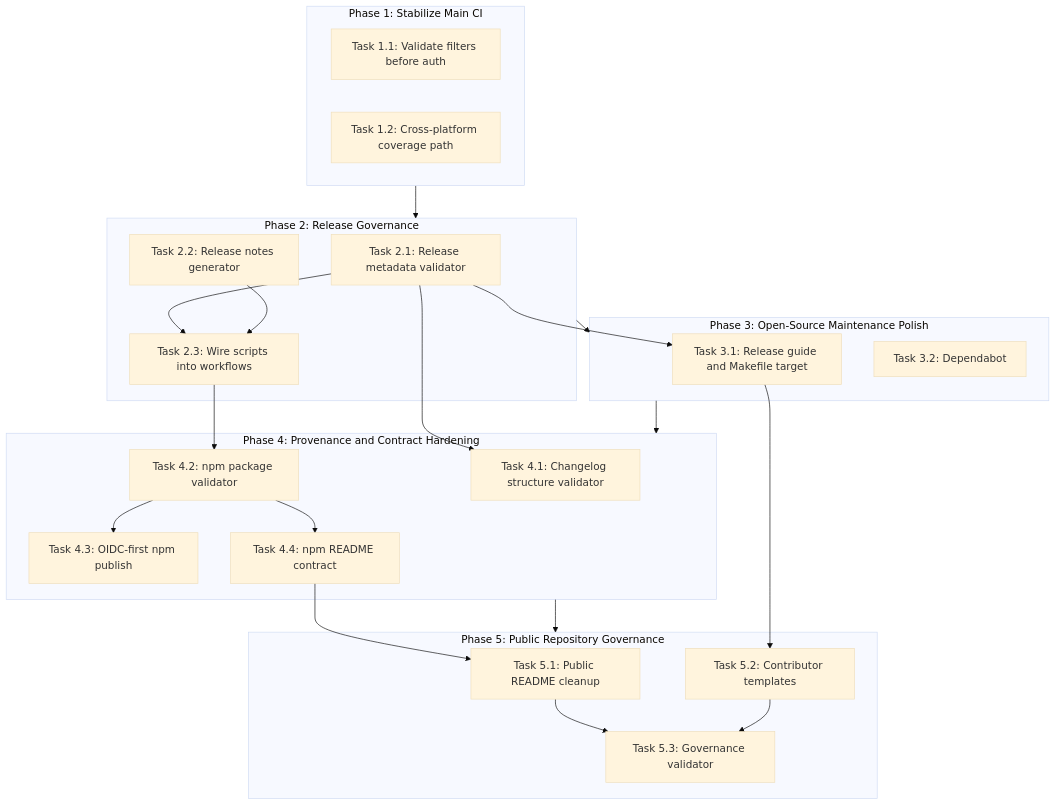
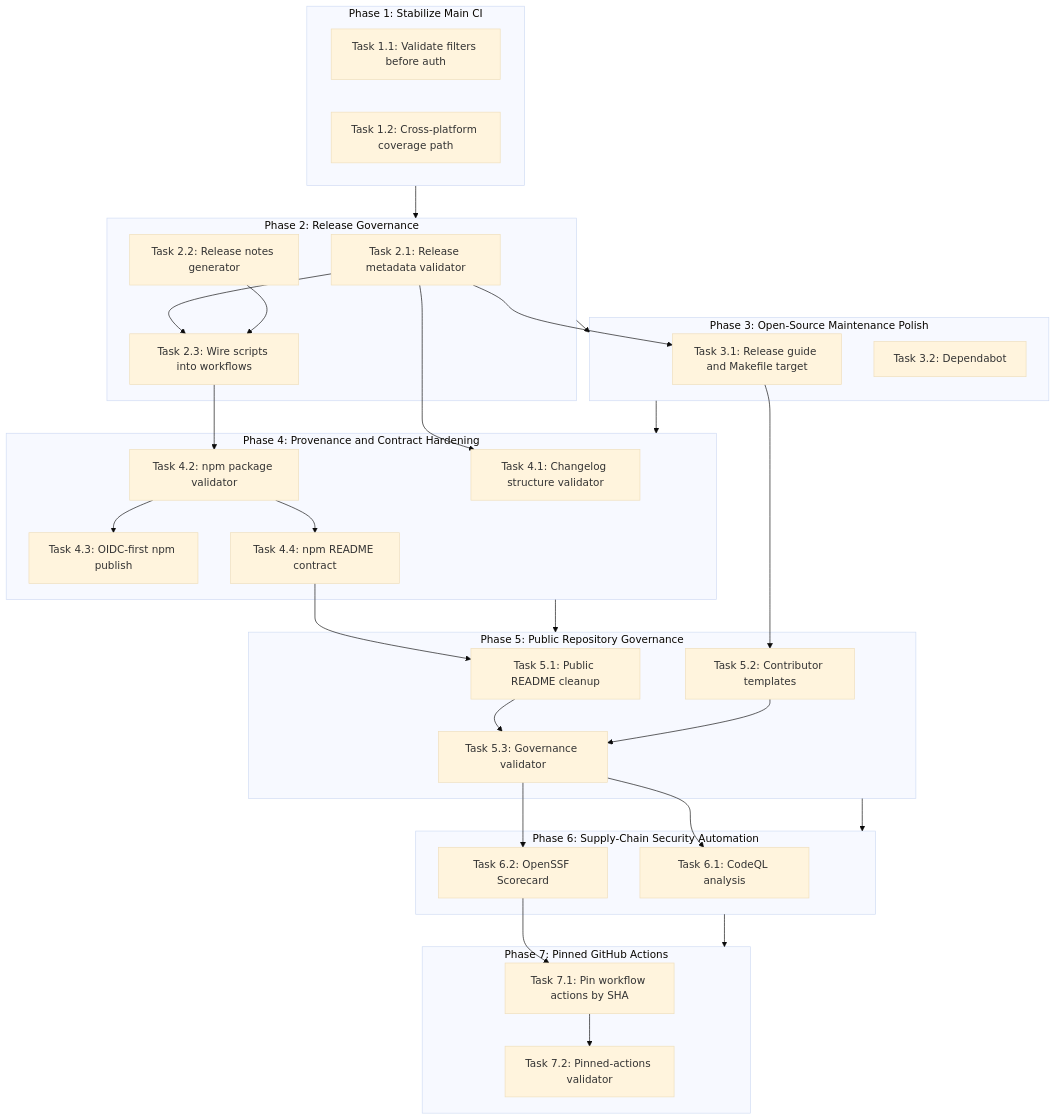
The diagram in docs/plan/dependency-graph.md (DeliciousBuding/dida-cli), drawn with Mermaid (base theme) before and after one commit. The commit also changed 17 other files, not shown here.

Commit message:
ci: pin github actions by sha

````diff
--- a/docs/plan/dependency-graph.md
+++ b/docs/plan/dependency-graph.md
@@ -3,47 +3,63 @@
 ```mermaid
 graph TD
   subgraph Phase1["Phase 1: Stabilize Main CI"]
     T11["Task 1.1: Validate filters before auth"]
     T12["Task 1.2: Cross-platform coverage path"]
   end
 
   subgraph Phase2["Phase 2: Release Governance"]
     T21["Task 2.1: Release metadata validator"]
     T22["Task 2.2: Release notes generator"]
     T23["Task 2.3: Wire scripts into workflows"]
   end
 
   subgraph Phase3["Phase 3: Open-Source Maintenance Polish"]
     T31["Task 3.1: Release guide and Makefile target"]
     T32["Task 3.2: Dependabot"]
   end
 
   subgraph Phase4["Phase 4: Provenance and Contract Hardening"]
     T41["Task 4.1: Changelog structure validator"]
     T42["Task 4.2: npm package validator"]
     T43["Task 4.3: OIDC-first npm publish"]
     T44["Task 4.4: npm README contract"]
   end
 
   subgraph Phase5["Phase 5: Public Repository Governance"]
     T51["Task 5.1: Public README cleanup"]
     T52["Task 5.2: Contributor templates"]
     T53["Task 5.3: Governance validator"]
   end
 
+  subgraph Phase6["Phase 6: Supply-Chain Security Automation"]
+    T61["Task 6.1: CodeQL analysis"]
+    T62["Task 6.2: OpenSSF Scorecard"]
+  end
+
+  subgraph Phase7["Phase 7: Pinned GitHub Actions"]
+    T71["Task 7.1: Pin workflow actions by SHA"]
+    T72["Task 7.2: Pinned-actions validator"]
+  end
+
   T21 --> T23
   T22 --> T23
   T21 --> T31
   T21 --> T41
   T23 --> T42
   T42 --> T43
   T42 --> T44
   T44 --> T51
   T31 --> T52
   T51 --> T53
   T52 --> T53
+  T53 --> T61
+  T53 --> T62
+  T62 --> T71
+  T71 --> T72
   Phase1 --> Phase2
   Phase2 --> Phase3
   Phase3 --> Phase4
   Phase4 --> Phase5
+  Phase5 --> Phase6
+  Phase6 --> Phase7
 ```
````
